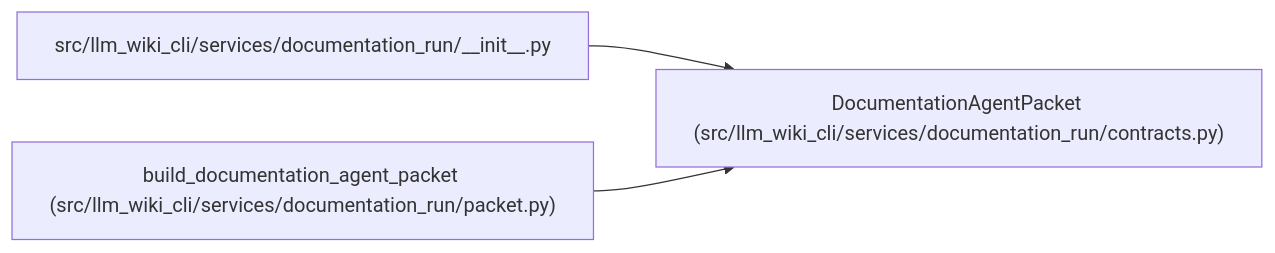
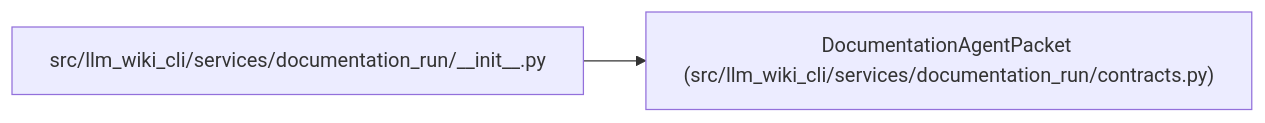
Before and after one commit to Denissvgn/python-wiki-llm: the diagram in docs/llm_wiki/entities/DocumentationAgentPacket.md, drawn with Mermaid. The commit also changed other lines of this file and 719 other files, not shown here.

````diff
--- a/docs/llm_wiki/entities/DocumentationAgentPacket.md
+++ b/docs/llm_wiki/entities/DocumentationAgentPacket.md
@@ -33,11 +33,8 @@
 ```mermaid
 flowchart LR
     n0["DocumentationAgentPacket (src/llm_wiki_cli/services/documentation_run/contracts.py)"]
     n1["src/llm_wiki_cli/services/documentation_run/__init__.py"]
-    n2["build_documentation_agent_packet (src/llm_wiki_cli/services/documentation_run/packet.py)"]
     n1 --> n0
-    n2 --> n0
     click n0 "../modules/documentation_run_contracts.md"
     click n1 "../modules/documentation_run___init__.md"
-    click n2 "../modules/packet.md"
 ```
````
